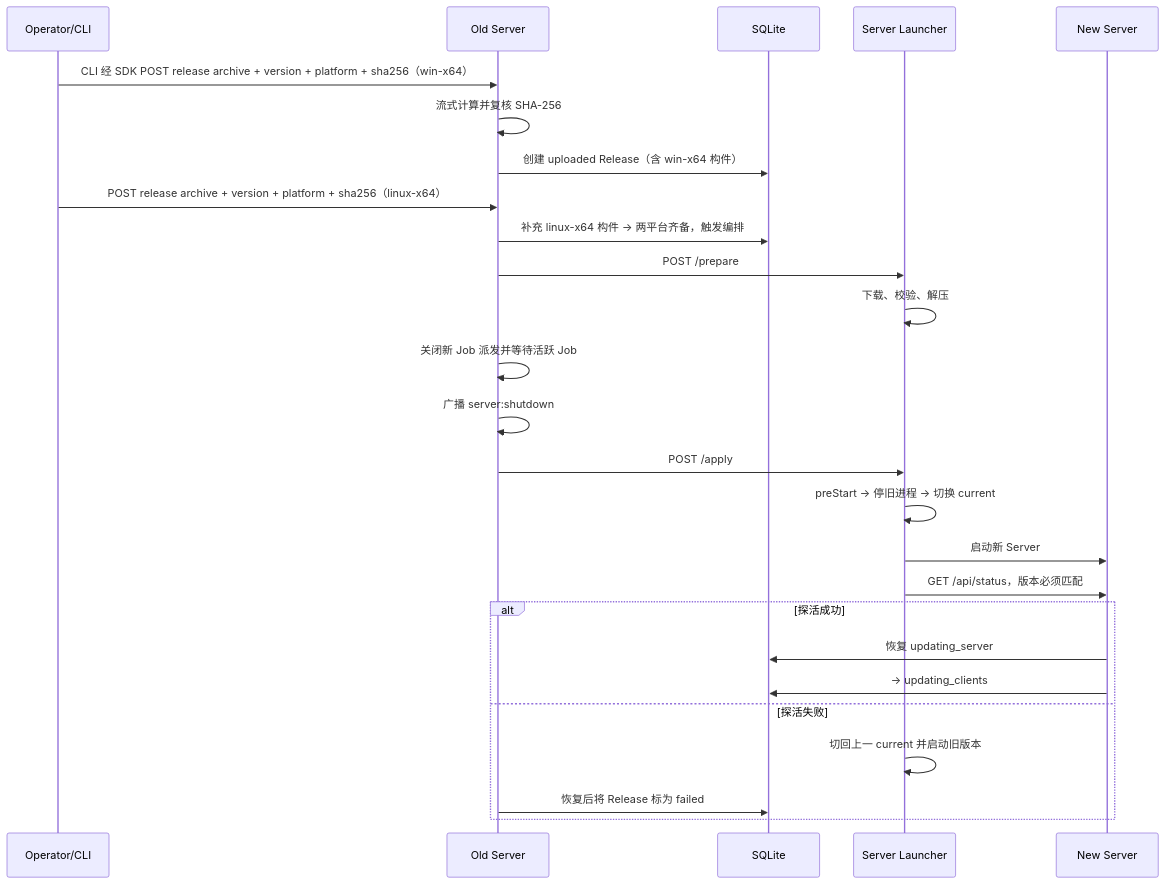
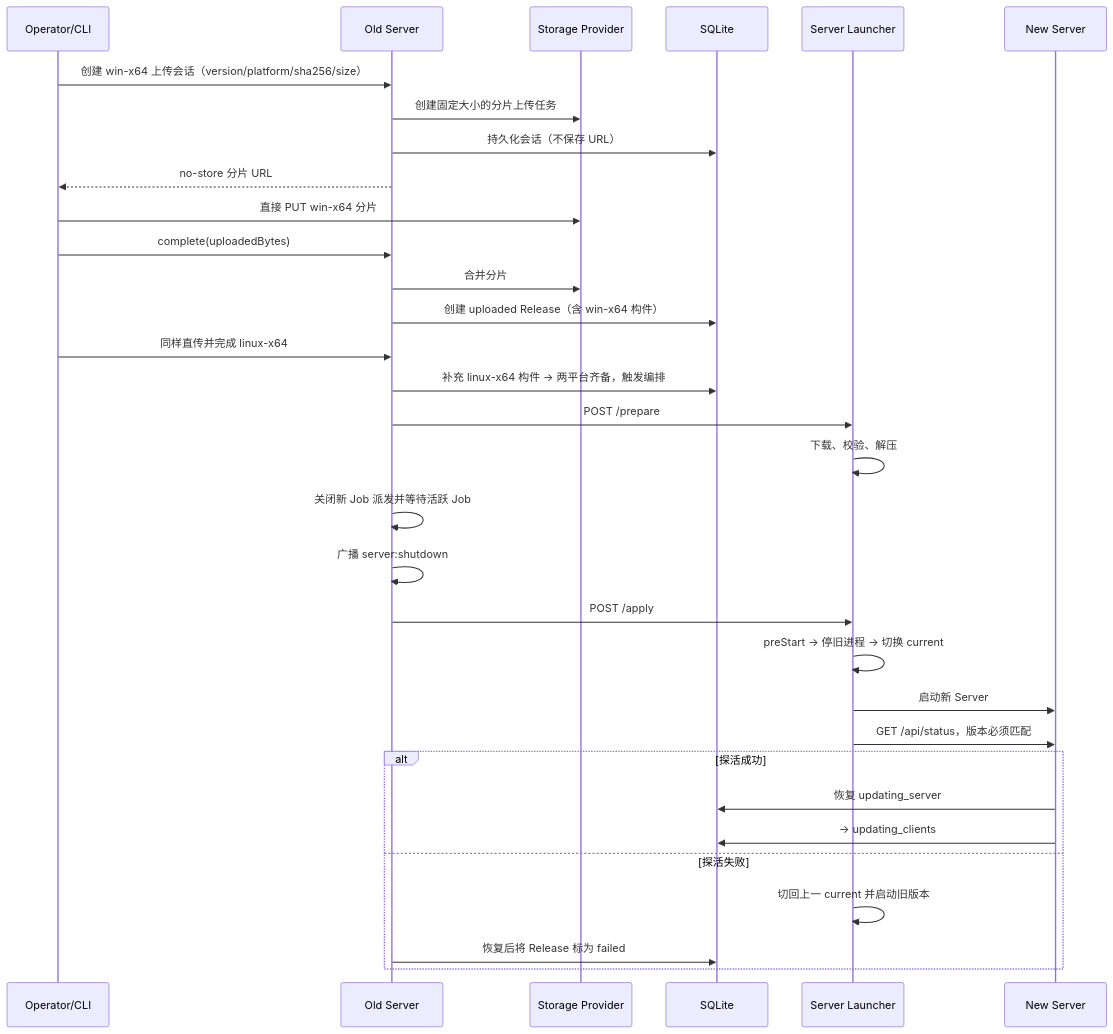
One commit to xuzhen97/VCPDeck changed the second of 3 diagrams in docs/design/release-and-update.md. Above: the diagram before and after it, drawn with Mermaid. The commit also changed other lines of this file and 39 other files, not shown here.

````diff
--- a/docs/design/release-and-update.md
+++ b/docs/design/release-and-update.md
@@ -170,29 +170,35 @@
 ```mermaid
 sequenceDiagram
     participant O as Operator/CLI
     participant S as Old Server
+    participant P as Storage Provider
     participant DB as SQLite
     participant L as Server Launcher
     participant N as New Server
 
-    O->>S: CLI 经 SDK POST release archive + version + platform + sha256（win-x64）
-    S->>S: 流式计算并复核 SHA-256
+    O->>S: 创建 win-x64 上传会话（version/platform/sha256/size）
+    S->>P: 创建固定大小的分片上传任务
+    S->>DB: 持久化会话（不保存 URL）
+    S-->>O: no-store 分片 URL
+    O->>P: 直接 PUT win-x64 分片
+    O->>S: complete(uploadedBytes)
+    S->>P: 合并分片
     S->>DB: 创建 uploaded Release（含 win-x64 构件）
-    O->>S: POST release archive + version + platform + sha256（linux-x64）
+    O->>S: 同样直传并完成 linux-x64
     S->>DB: 补充 linux-x64 构件 → 两平台齐备，触发编排
     S->>L: POST /prepare
     L->>L: 下载、校验、解压
     S->>S: 关闭新 Job 派发并等待活跃 Job
     S->>S: 广播 server:shutdown
     S->>L: POST /apply
     L->>L: preStart → 停旧进程 → 切换 current
     L->>N: 启动新 Server
     L->>N: GET /api/status，版本必须匹配
     alt 探活成功
         N->>DB: 恢复 updating_server
         N->>DB: → updating_clients
     else 探活失败
         L->>L: 切回上一 current 并启动旧版本
         S->>DB: 恢复后将 Release 标为 failed
     end
 ```
````
